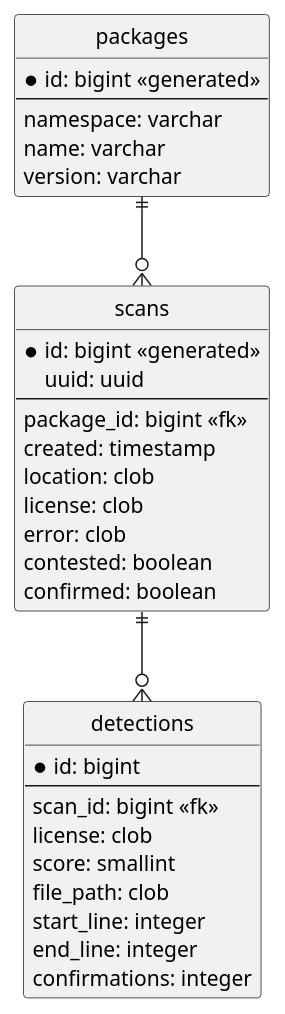
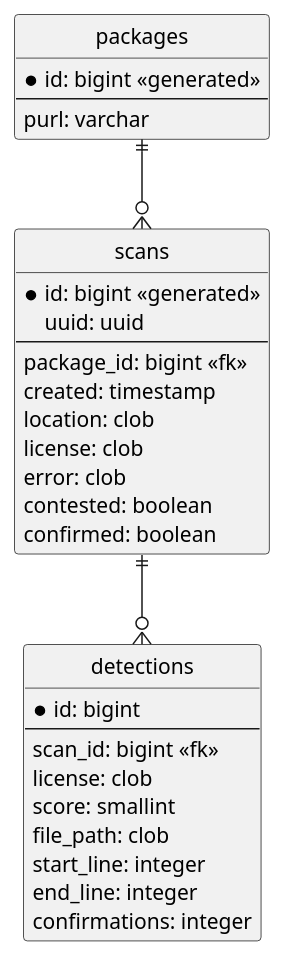
Before and after one commit to philips-software/license-scanner: the diagram in src/main/java/com/philips/research/licensescanner/persistence/schema.puml, drawn with PlantUML. The commit also changed 25 other files, not shown here.

```diff
--- a/src/main/java/com/philips/research/licensescanner/persistence/schema.puml
+++ b/src/main/java/com/philips/research/licensescanner/persistence/schema.puml
@@ -1,42 +1,40 @@
 @startuml
 
 ' Config ERD diagram
 hide circle
 skinparam linetype ortho
 
 entity packages {
     *id: bigint <<generated>>
     ---
-    namespace: varchar
-    name: varchar
-    version: varchar
+    purl: varchar
 }
 
 entity scans {
     *id: bigint <<generated>>
     uuid: uuid
     ---
     package_id: bigint <<fk>>
     created: timestamp
     location: clob
     license: clob
     error: clob
     contested: boolean
     confirmed: boolean
 }
 packages ||--o{ scans
 
 entity detections {
     *id: bigint
     ---
     scan_id: bigint <<fk>>
     license: clob
     score: smallint
     file_path: clob
     start_line: integer
     end_line: integer
     confirmations: integer
 }
 scans ||--o{ detections
 
 @enduml
```
